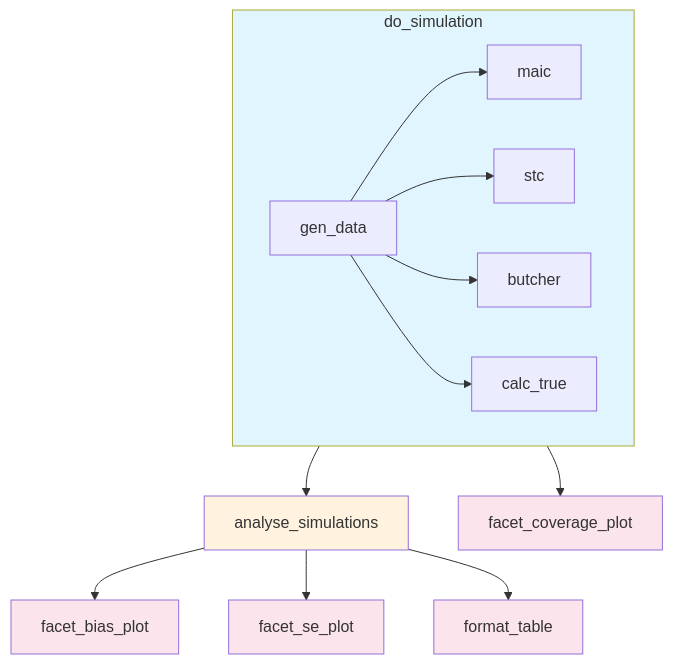
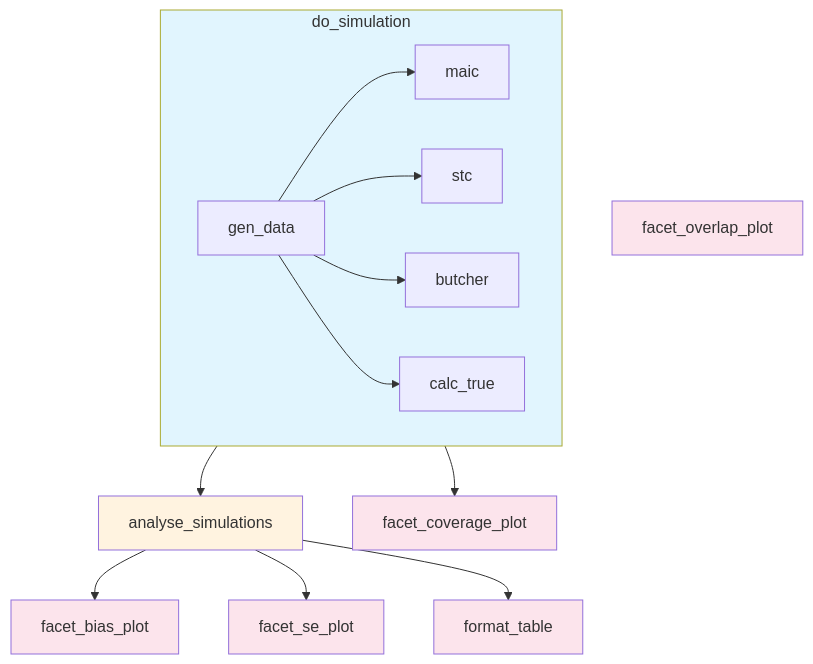
Before and after one commit to lilyn09/msb: the diagram in inst/.md, drawn with Mermaid.

Commit message:
update uml

````diff
--- a/inst/.md
+++ b/inst/.md
@@ -13,29 +13,32 @@
 ```mermaid
 flowchart TD
     subgraph A[do_simulation]
         B[gen_data]
         C[maic]
         D[stc]
         E[butcher]
         F[calc_true]
         
         B --> C
         B --> D
         B --> E
         B --> F
     end
     
     A --> G[analyse_simulations]
     A --> H[facet_coverage_plot]
     
     G --> I[facet_bias_plot]
     G --> J[facet_se_plot]
     G --> K[format_table]
     
+    L[facet_overlap_plot]
+    
     style A fill:#e1f5fe
     style G fill:#fff3e0
     style H fill:#fce4ec
     style I fill:#fce4ec
     style J fill:#fce4ec
     style K fill:#fce4ec
+    style L fill:#fce4ec
 ```
````
